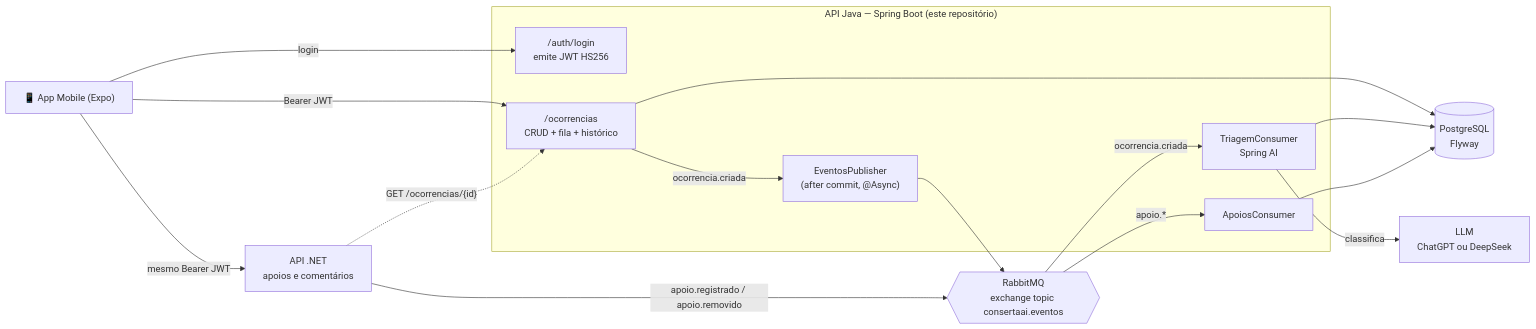
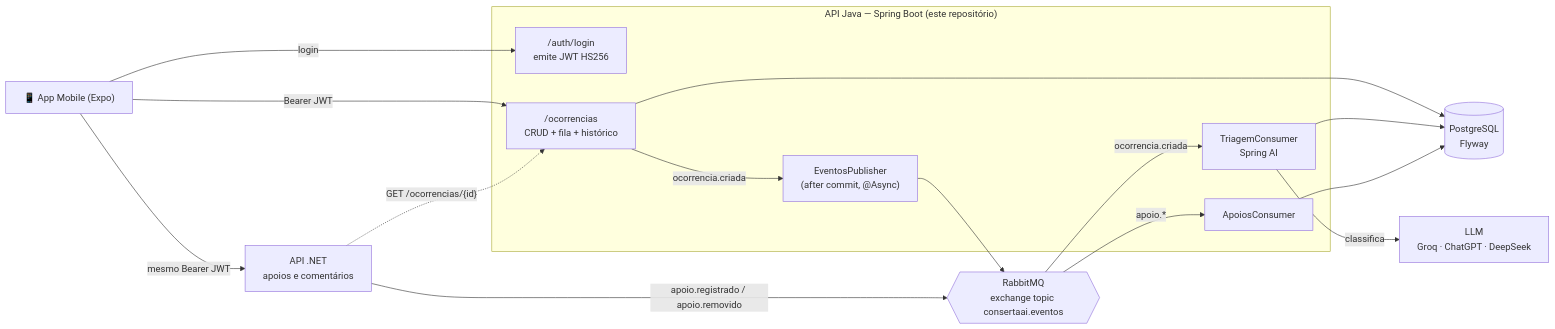
The diagram in README.md (PedroClaes/GS-Java), drawn with Mermaid before and after one commit. The commit also changed other lines of this file and 3 other files, not shown here.

Commit message:
fix: Groq como provedor gratuito, retry do Spring AI e modelo atual do DeepSeek

````diff
--- a/README.md
+++ b/README.md
@@ -54,29 +54,29 @@
 ```mermaid
 flowchart LR
     APP["📱 App Mobile (Expo)"]
 
     subgraph JAVA["API Java — Spring Boot (este repositório)"]
         AUTH["/auth/login<br/>emite JWT HS256"]
         OC["/ocorrencias<br/>CRUD + fila + histórico"]
         PUB["EventosPublisher<br/>(after commit, @Async)"]
         TRI["TriagemConsumer<br/>Spring AI"]
         APC["ApoiosConsumer"]
     end
 
     NET["API .NET<br/>apoios e comentários"]
     MQ{{"RabbitMQ<br/>exchange topic consertaai.eventos"}}
     PG[("PostgreSQL<br/>Flyway")]
-    LLM["LLM<br/>ChatGPT ou DeepSeek"]
+    LLM["LLM<br/>Groq · ChatGPT · DeepSeek"]
 
     APP -- "login" --> AUTH
     APP -- "Bearer JWT" --> OC
     APP -- "mesmo Bearer JWT" --> NET
     OC --> PG
     OC -- "ocorrencia.criada" --> PUB --> MQ
     MQ -- "ocorrencia.criada" --> TRI
     TRI -- "classifica" --> LLM
     TRI --> PG
     NET -- "apoio.registrado / apoio.removido" --> MQ
     MQ -- "apoio.*" --> APC --> PG
     NET -. "GET /ocorrencias/{id}" .-> OC
 ```
````
